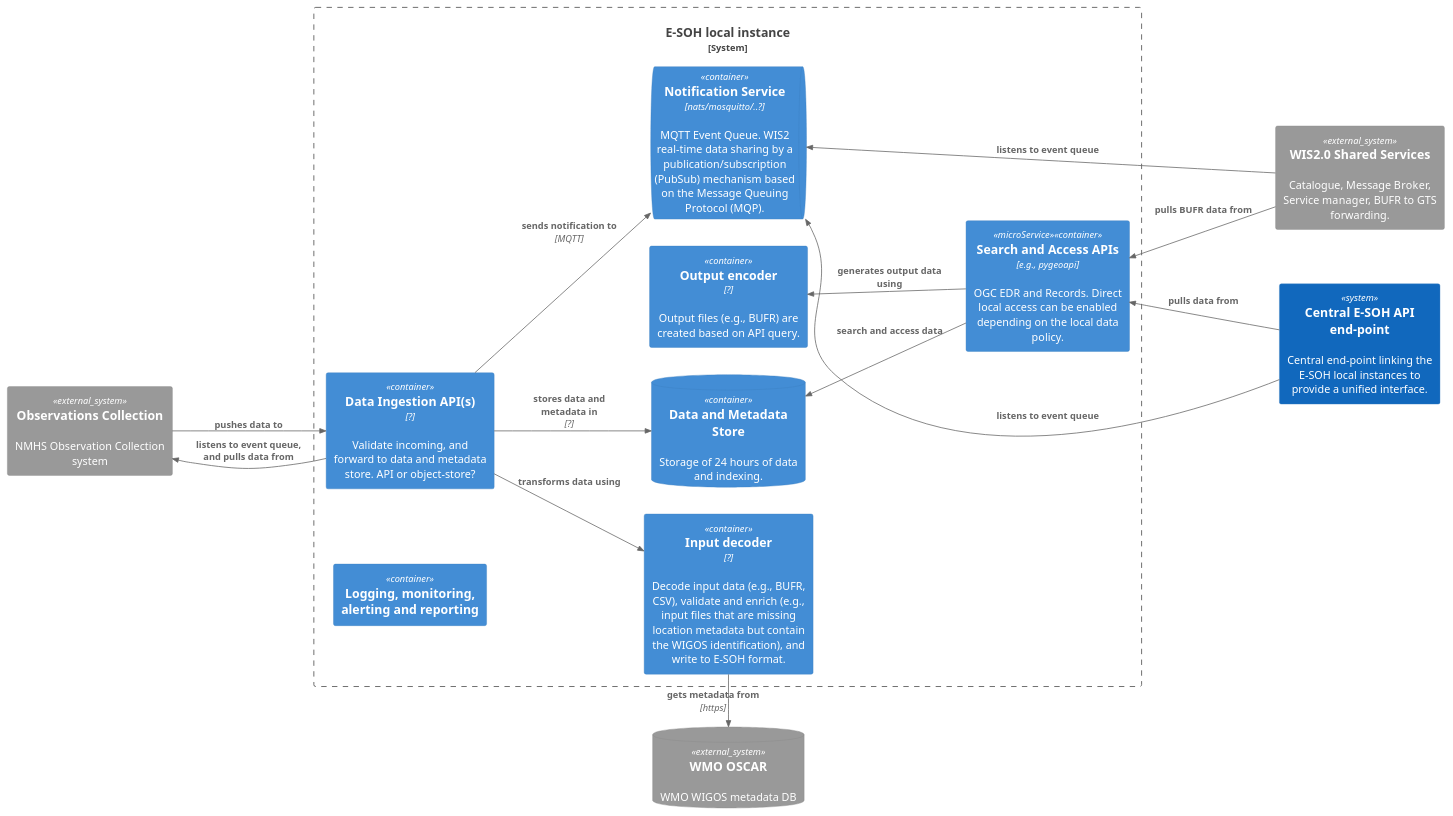
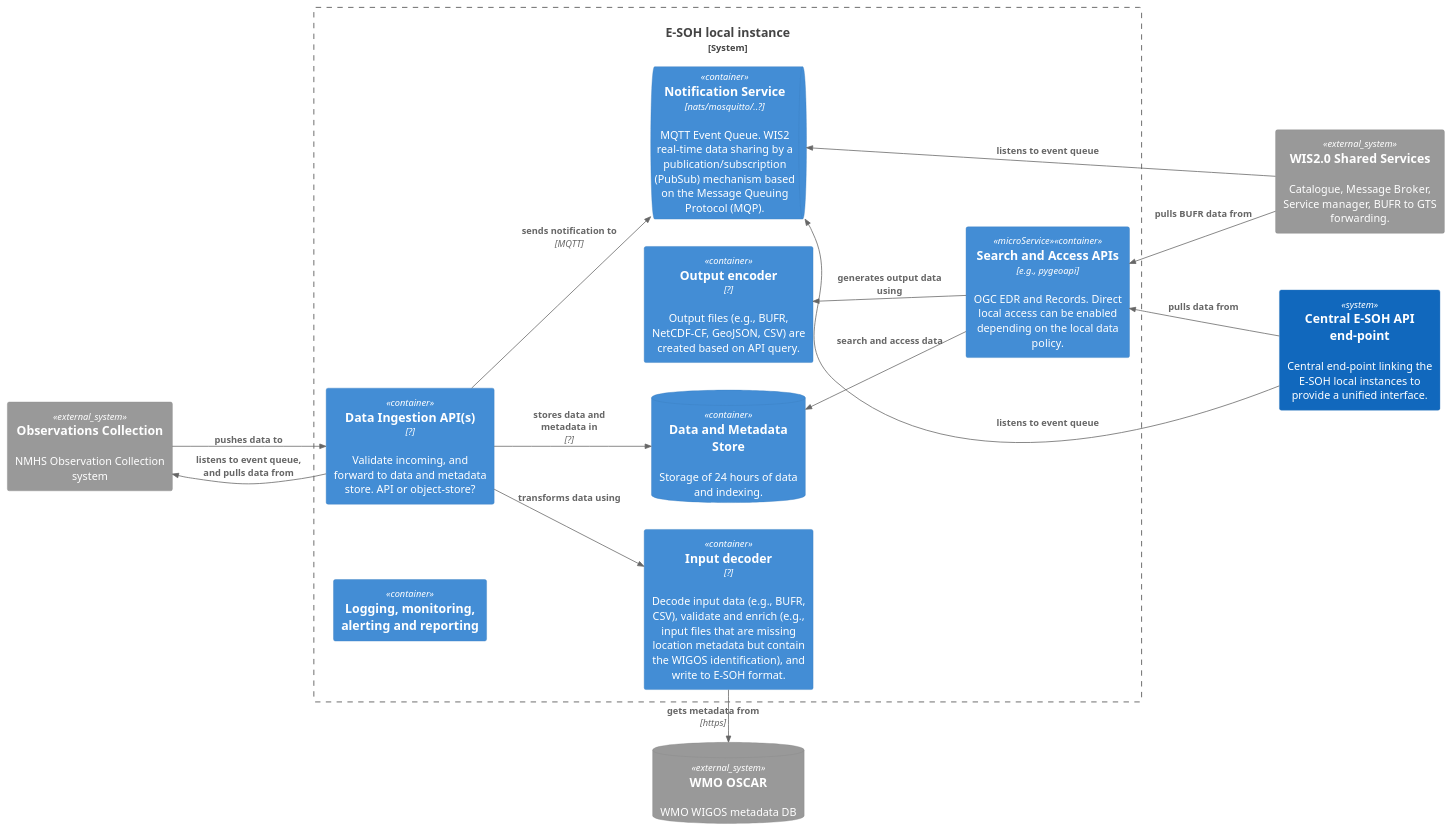
The diagram in source/puml/c4-container-diagram.puml (EURODEO/e-soh-technical-architecture), drawn with PlantUML before and after one commit. The commit also changed 2 other files, not shown here.

Commit message:
some minor edits in puml files, and added text about selection of pygeoapi as API implementation software

```diff
--- a/source/puml/c4-container-diagram.puml
+++ b/source/puml/c4-container-diagram.puml
@@ -1,45 +1,46 @@
 @startuml "c4-container-diagram"
-!include https://raw.githubusercontent.com/plantuml-stdlib/C4-PlantUML/master/C4_Container.puml
+!include <C4/C4_Container>
+'!include https://raw.githubusercontent.com/plantuml-stdlib/C4-PlantUML/master/C4_Container.puml
 
 'LAYOUT_TOP_DOWN()
 LAYOUT_LEFT_RIGHT()
 
 System_Ext(wis2shared, "WIS2.0 Shared Services", "Catalogue, Message Broker, Service manager, BUFR to GTS forwarding.")
 SystemDb_Ext(oscar, "WMO OSCAR", "WMO WIGOS metadata DB")
 System_Ext(obscoll,"Observations Collection", "NMHS Observation Collection system")
 System(centralapi, "Central E-SOH API end-point", "Central end-point linking the E-SOH local instances to provide a unified interface.")
 
 System_Boundary(esoh, "E-SOH local instance"){
     ContainerQueue(queue, "Notification Service", "nats/mosquitto/..?", "MQTT Event Queue. WIS2 real-time data sharing by a publication/subscription (PubSub) mechanism based on the Message Queuing Protocol (MQP).")
 
     Container(queries, "Search and Access APIs", "e.g., pygeoapi", "OGC EDR and Records. Direct local access can be enabled depending on the local data policy.", $tags = "microService")
 
     Container(ingestion, "Data Ingestion API(s)", "?", "Validate incoming, and forward to data and metadata store. API or object-store?")
     Container(decoder, "Input decoder", "?", "Decode input data (e.g., BUFR, CSV), validate and enrich (e.g., input files that are missing location metadata but contain the WIGOS identification), and write to E-SOH format.")
 
-    Container(output_encoder, "Output encoder", "?", "Output files (e.g., BUFR) are created based on API query.")
+    Container(output_encoder, "Output encoder", "?", "Output files (e.g., BUFR, NetCDF-CF, GeoJSON, CSV) are created based on API query.")
     Container(lmar, "Logging, monitoring, alerting and reporting", "")
 
 
     ContainerDb(store, "Data and Metadata Store", "", "Storage of 24 hours of data and indexing.")
 
 }
 
 Rel_D(obscoll, ingestion, "pushes data to")
 Rel_U(ingestion, obscoll, "listens to event queue, and pulls data from")
 Rel(ingestion, decoder, "transforms data using", "")
 Rel_L(decoder, oscar, "gets metadata from", "https")
 
 Rel_U(wis2shared, queries, "pulls BUFR data from")
 Rel_U(wis2shared, queue, "listens to event queue")
 
 Rel_U(queries, output_encoder, "generates output data using")
 Rel_U(centralapi, queries, "pulls data from")
 Rel_U(centralapi, queue, "listens to event queue")
 
 Rel(ingestion, store, "stores data and metadata in", "?")
 Rel(ingestion, queue, "sends notification to", "MQTT")
 
 Rel_U(queries, store, "search and access data")
 
 @enduml
```
